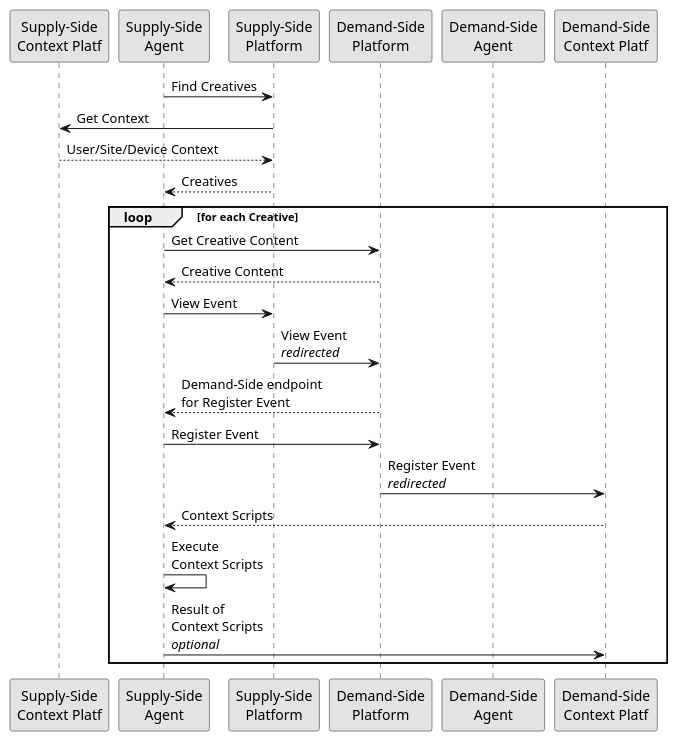
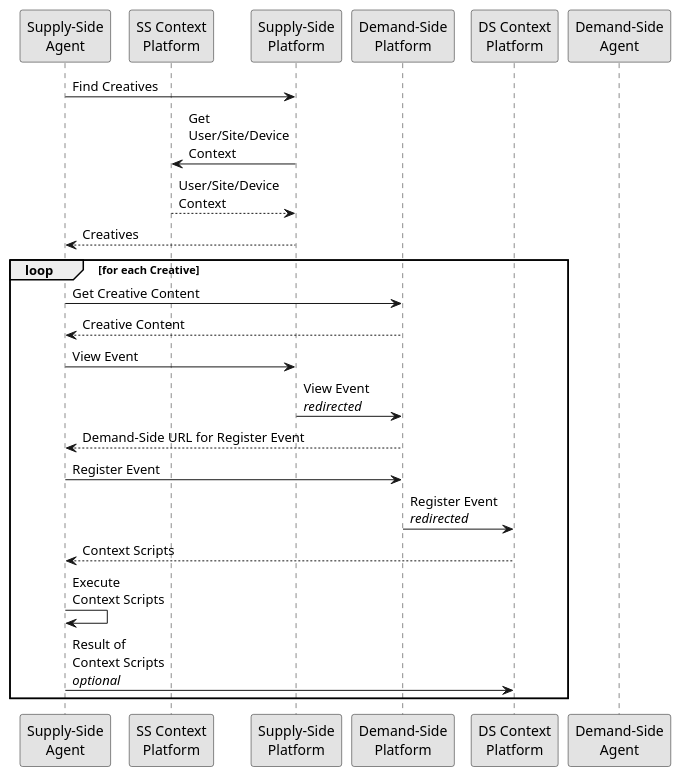
One commit to adshares/adshares-docs changed the diagram in protocol/impressions/user_browses.rst. Above: the diagram before and after it, drawn with PlantUML. The commit also changed other lines of this file and 3 other files, not shown here.

```diff
--- a/protocol/impressions/user_browses.rst
+++ b/protocol/impressions/user_browses.rst
@@ -4,29 +6,29 @@
 .. uml::
     :align: center
 
     skinparam monochrome true
 
-    participant "Supply-Side\nContext Platf"    as SSCP
-    participant "Supply-Side\nAgent"            as SSA
-    participant "Supply-Side\nPlatform"         as SSP
-    participant "Demand-Side\nPlatform"         as DSP
-    participant "Demand-Side\nAgent"            as DSA
-    participant "Demand-Side\nContext Platf"    as DSCP
+    participant "Supply-Side\nAgent"       as SSA
+    participant "SS Context\nPlatform"     as SSCP
+    participant "Supply-Side\nPlatform"    as SSP
+    participant "Demand-Side\nPlatform"    as DSP
+    participant "DS Context\nPlatform"     as DSCP
+    participant "Demand-Side\nAgent"       as DSA
 
     SSA -> SSP : Find Creatives
-    SSP -> SSCP : Get Context
-    SSCP --> SSP : User/Site/Device Context
+    SSP -> SSCP : Get\nUser/Site/Device\nContext
+    SSCP --> SSP : User/Site/Device\nContext
     SSP --> SSA : Creatives
 
     loop for each Creative
         SSA -> DSP : Get Creative Content
         DSP --> SSA : Creative Content
         SSA -> SSP : View Event
         SSP -> DSP: View Event\n//redirected//
-        DSP --> SSA: Demand-Side endpoint\nfor Register Event
+        DSP --> SSA: Demand-Side URL for Register Event
         SSA -> DSP : Register Event
         DSP -> DSCP: Register Event\n//redirected//
         DSCP --> SSA: Context Scripts
         SSA -> SSA: Execute\nContext Scripts
         SSA -> DSCP: Result of\nContext Scripts\n//optional//
     end
```
